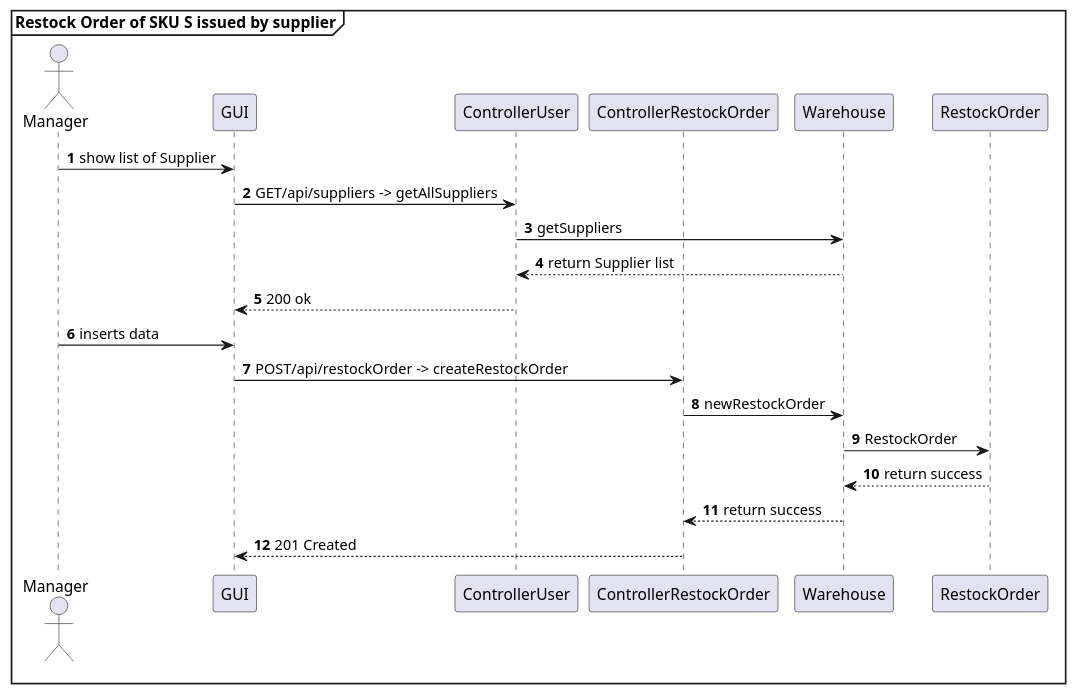
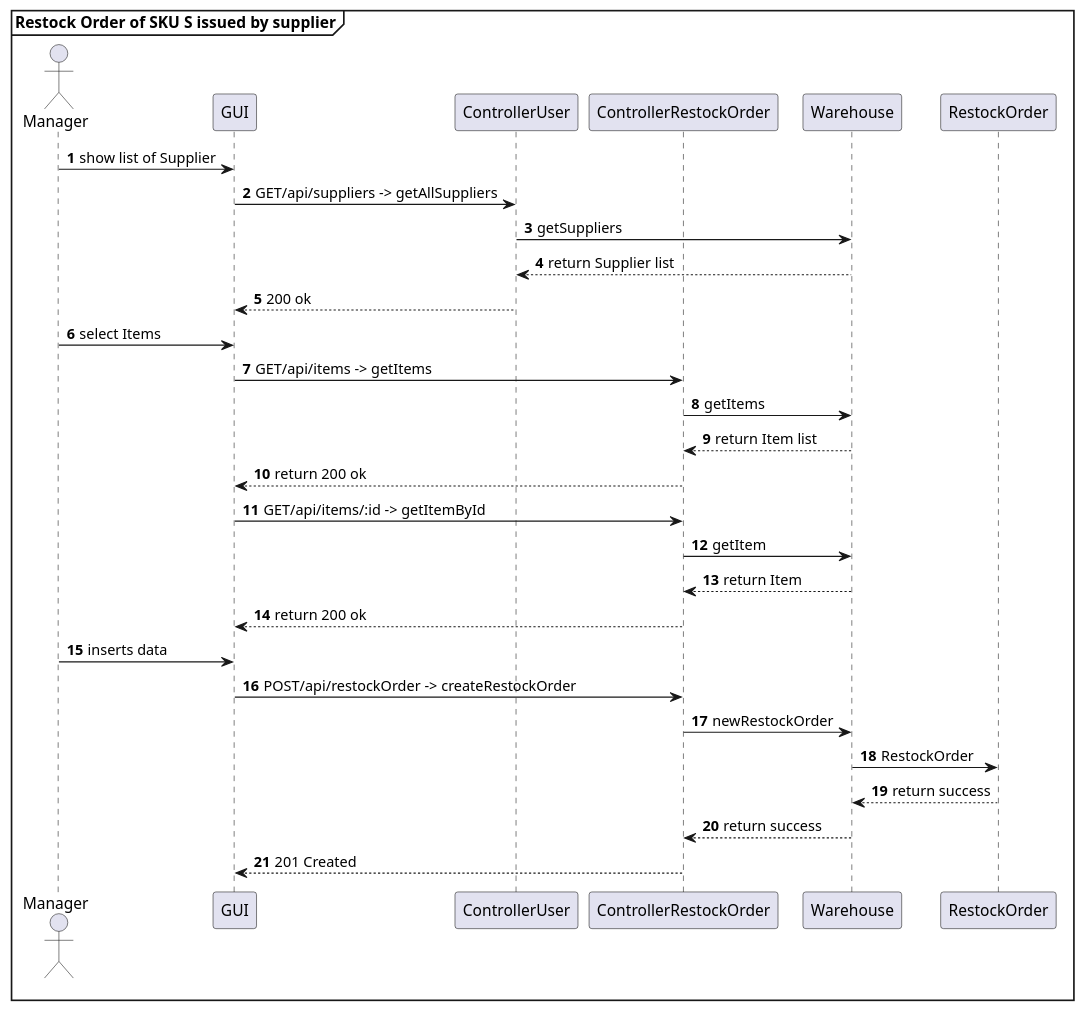
Before and after one commit to AlexZampa/EzWh: the tenth of 30 diagrams in DesignDocument.md, drawn with PlantUML. The commit also changed other lines of this file, not shown here.

````diff
--- a/DesignDocument.md
+++ b/DesignDocument.md
@@ -721,26 +688,36 @@
 ```plantuml
 mainframe **Restock Order of SKU S issued by supplier**
 actor Manager
 participant GUI
 participant ControllerUser
 participant ControllerRestockOrder
 participant Warehouse
 participant RestockOrder
 
 autonumber
 Manager -> GUI :  show list of Supplier
 GUI -> ControllerUser : GET/api/suppliers -> getAllSuppliers
 ControllerUser -> Warehouse : getSuppliers
 ControllerUser <-- Warehouse : return Supplier list
 GUI <-- ControllerUser : 200 ok
 
+Manager -> GUI : select Items
+GUI -> ControllerRestockOrder : GET/api/items -> getItems
+ControllerRestockOrder -> Warehouse : getItems
+ControllerRestockOrder <-- Warehouse : return Item list
+GUI <-- ControllerRestockOrder : return 200 ok
+GUI -> ControllerRestockOrder : GET/api/items/:id -> getItemById
+ControllerRestockOrder -> Warehouse : getItem
+ControllerRestockOrder <-- Warehouse : return Item
+GUI <-- ControllerRestockOrder : return 200 ok
+
 Manager -> GUI : inserts data
 GUI -> ControllerRestockOrder : POST/api/restockOrder -> createRestockOrder
 ControllerRestockOrder -> Warehouse : newRestockOrder
 Warehouse -> RestockOrder : RestockOrder
 Warehouse <-- RestockOrder : return success
 ControllerRestockOrder <-- Warehouse : return success
 GUI <-- ControllerRestockOrder : 201 Created
 
 @enduml
 ```
````
